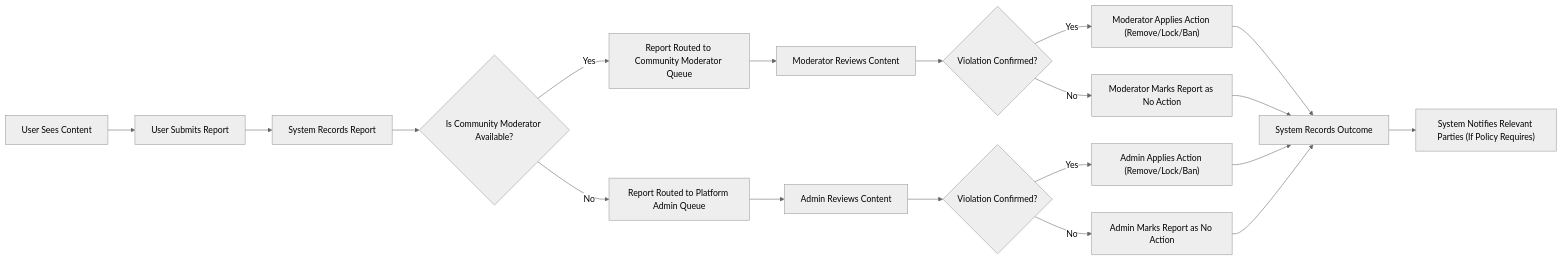
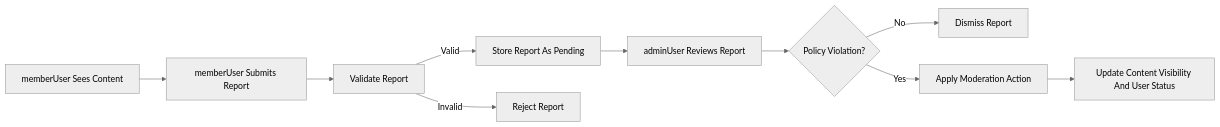
Before and after one commit to wrtnlabs/autobe-examples: the diagram in openai/gpt-5.1/reddit/docs/analysis/01-service-overview.md, drawn with Mermaid (neutral theme). The commit also changed other lines of this file and 3761 other files, not shown here.

````diff
--- a/openai/gpt-5.1/reddit/docs/analysis/01-service-overview.md
+++ b/openai/gpt-5.1/reddit/docs/analysis/01-service-overview.md
@@ -423,21 +220,12 @@
 ```mermaid
 graph LR
-  A["User Sees Content"] --> B["User Submits Report"]
-  B --> C["System Records Report"]
-  C --> D{"Is Community Moderator Available?"}
-  D -->|"Yes"| E["Report Routed to Community Moderator Queue"]
-  D -->|"No"| F["Report Routed to Platform Admin Queue"]
-  E --> G["Moderator Reviews Content"]
-  F --> H["Admin Reviews Content"]
-  G --> I{"Violation Confirmed?"}
-  H --> J{"Violation Confirmed?"}
-  I -->|"Yes"| K["Moderator Applies Action (Remove/Lock/Ban)"]
-  I -->|"No"| L["Moderator Marks Report as No Action"]
-  J -->|"Yes"| M["Admin Applies Action (Remove/Lock/Ban)"]
-  J -->|"No"| N["Admin Marks Report as No Action"]
-  K --> O["System Records Outcome"]
-  L --> O
-  M --> O
-  N --> O
-  O --> P["System Notifies Relevant Parties (If Policy Requires)"]
+  A["memberUser Sees Content"] --> B["memberUser Submits Report"]
+  B --> C["Validate Report"]
+  C -->|"Valid"| D["Store Report As Pending"]
+  C -->|"Invalid"| E["Reject Report"]
+  D --> F["adminUser Reviews Report"]
+  F --> G{"Policy Violation?"}
+  G -->|"No"| H["Dismiss Report"]
+  G -->|"Yes"| I["Apply Moderation Action"]
+  I --> J["Update Content Visibility And User Status"]
 ```
````
